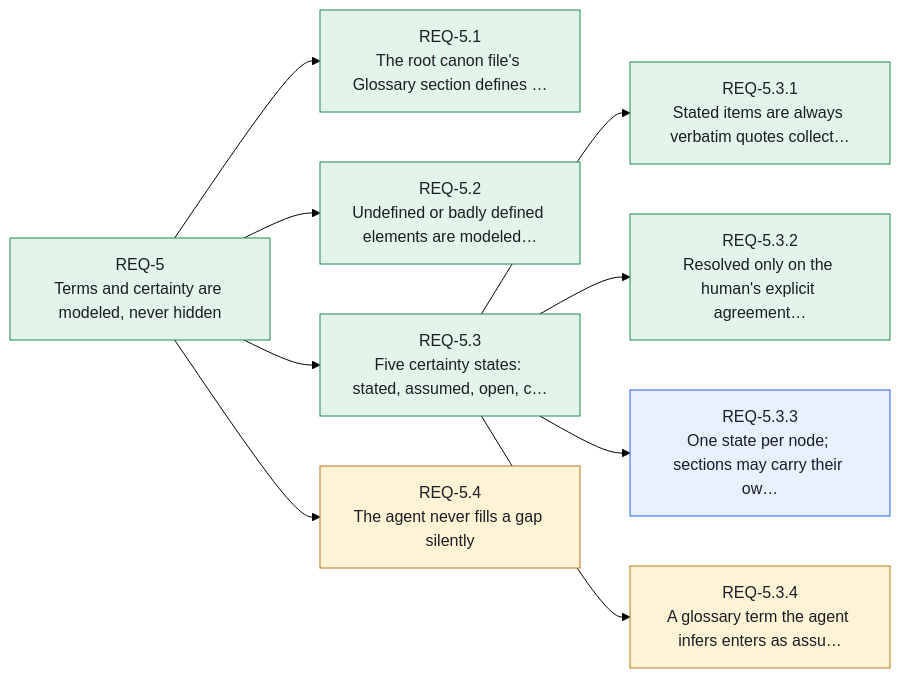
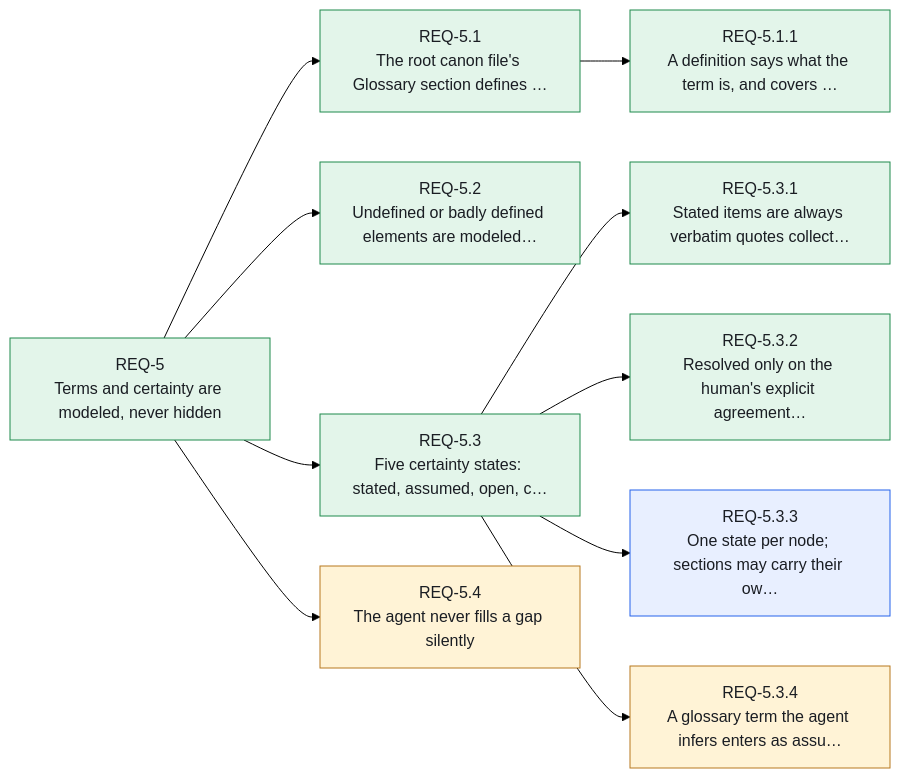
Before and after one commit to Althis/headcanon: the sixth of 14 diagrams in canon/INDEX.md, drawn with Mermaid (forest theme). The commit also changed other lines of this file and 7 other files, not shown here.

First line of the commit message:
feat(plugin): one-by-one corrections, definitions say what a term is

````diff
--- a/canon/INDEX.md
+++ b/canon/INDEX.md
@@ -293,25 +293,27 @@
 ```mermaid
 flowchart LR
     REQ_5["REQ-5<br/>Terms and certainty are modeled, never hidden"]:::stated
     REQ_5_1["REQ-5.1<br/>The root canon file's Glossary section defines …"]:::stated
+    REQ_5_1_1["REQ-5.1.1<br/>A definition says what the term is, and covers …"]:::stated
     REQ_5_2["REQ-5.2<br/>Undefined or badly defined elements are modeled…"]:::stated
     REQ_5_3["REQ-5.3<br/>Five certainty states: stated, assumed, open, c…"]:::stated
     REQ_5_3_1["REQ-5.3.1<br/>Stated items are always verbatim quotes collect…"]:::stated
     REQ_5_3_2["REQ-5.3.2<br/>Resolved only on the human's explicit agreement…"]:::stated
     REQ_5_3_3["REQ-5.3.3<br/>One state per node; sections may carry their ow…"]:::resolved
     REQ_5_3_4["REQ-5.3.4<br/>A glossary term the agent infers enters as assu…"]:::assumed
     REQ_5_4["REQ-5.4<br/>The agent never fills a gap silently"]:::assumed
     REQ_5 --> REQ_5_1
+    REQ_5_1 --> REQ_5_1_1
     REQ_5 --> REQ_5_2
     REQ_5 --> REQ_5_3
     REQ_5_3 --> REQ_5_3_1
     REQ_5_3 --> REQ_5_3_2
     REQ_5_3 --> REQ_5_3_3
     REQ_5_3 --> REQ_5_3_4
     REQ_5 --> REQ_5_4
     classDef stated fill:#e3f5ea,stroke:#1f8a4c,color:#1a1d23
     classDef resolved fill:#e8efff,stroke:#2563eb,color:#1a1d23
     classDef assumed fill:#fff3d6,stroke:#b7791f,color:#1a1d23
     classDef open fill:#ece9fb,stroke:#6b5bd2,color:#1a1d23
     classDef contested fill:#fde7e8,stroke:#d13438,color:#1a1d23
 ```
````
